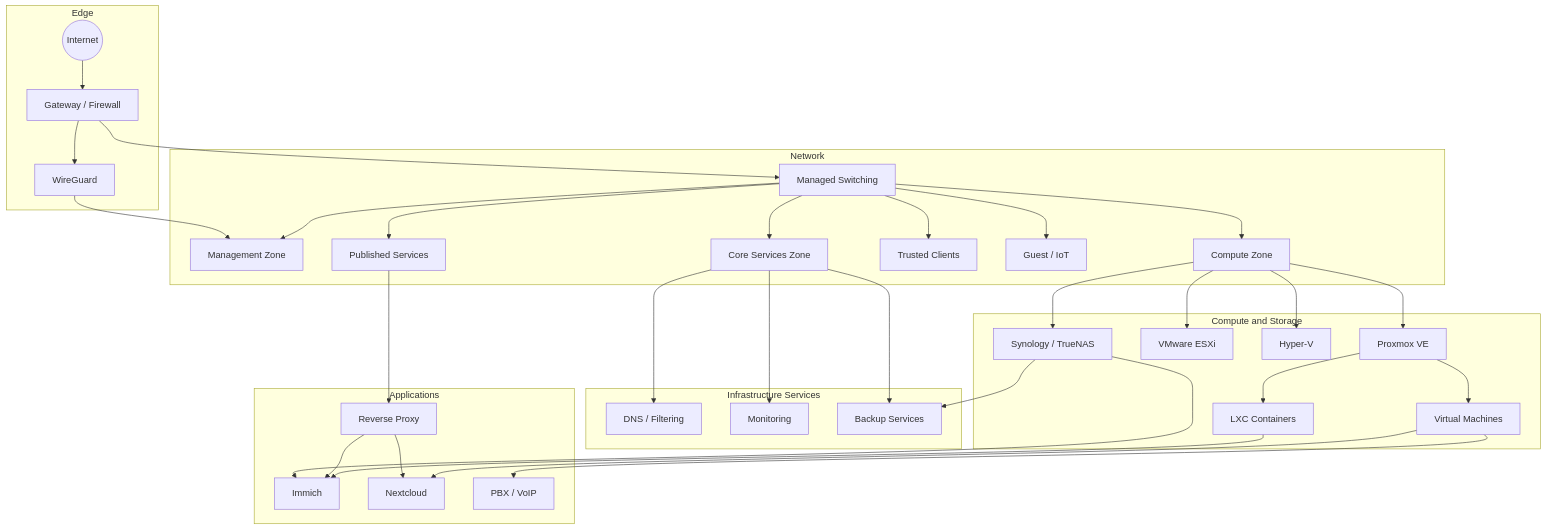
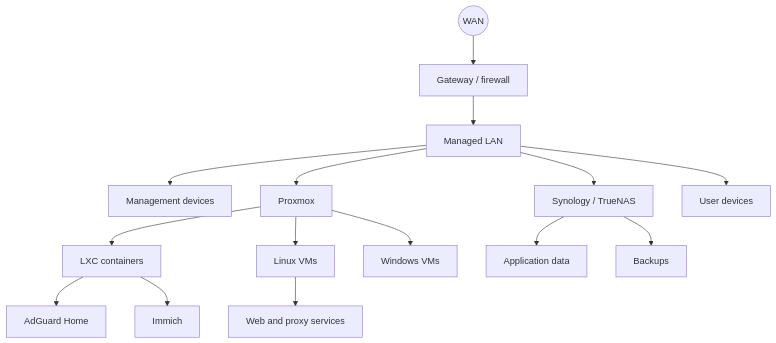
The diagram in docs/homelab/README.md (ewantc98/portfolio), drawn with Mermaid before and after one commit. The commit also changed other lines of this file and 43 other files, not shown here.

````diff
--- a/docs/homelab/README.md
+++ b/docs/homelab/README.md
@@ -176,45 +27,20 @@
 ```mermaid
 flowchart TB
-    subgraph Edge
-        WAN((Internet)) --> GW[Gateway / Firewall]
-        GW --> VPN[WireGuard]
-    end
+    WAN((WAN)) --> FW[Gateway / firewall]
+    FW --> LAN[Managed LAN]
 
-    subgraph Network
-        GW --> CORE[Managed Switching]
-        CORE --> MGMT[Management Zone]
-        CORE --> COMPUTE[Compute Zone]
-        CORE --> SERVICES[Core Services Zone]
-        CORE --> CLIENTS[Trusted Clients]
-        CORE --> UNTRUSTED[Guest / IoT]
-        CORE --> PUBLISHED[Published Services]
-    end
+    LAN --> MGMT[Management devices]
+    LAN --> HYP[Proxmox]
+    LAN --> STORE[Synology / TrueNAS]
+    LAN --> USERS[User devices]
 
-    subgraph Compute and Storage
-        COMPUTE --> PVE[Proxmox VE]
-        COMPUTE --> ESXI[VMware ESXi]
-        COMPUTE --> HV[Hyper-V]
-        COMPUTE --> NAS[Synology / TrueNAS]
-        PVE --> VM[Virtual Machines]
-        PVE --> LXC[LXC Containers]
-    end
+    HYP --> LXC[LXC containers]
+    HYP --> LINUX[Linux VMs]
+    HYP --> WIN[Windows VMs]
 
-    subgraph Infrastructure Services
-        SERVICES --> DNS[DNS / Filtering]
-        SERVICES --> MON[Monitoring]
-        SERVICES --> BAK[Backup Services]
-    end
-
-    subgraph Applications
-        LXC --> IMMICH[Immich]
-        VM --> NEXT[Nextcloud]
-        VM --> PBX[PBX / VoIP]
-        PUBLISHED --> PROXY[Reverse Proxy]
-        PROXY --> IMMICH
-        PROXY --> NEXT
-    end
-
-    NAS --> IMMICH
-    NAS --> BAK
-    VPN --> MGMT
+    LXC --> DNS[AdGuard Home]
+    LXC --> IMMICH[Immich]
+    LINUX --> WEB[Web and proxy services]
+    STORE --> DATA[Application data]
+    STORE --> BKP[Backups]
 ```
````
